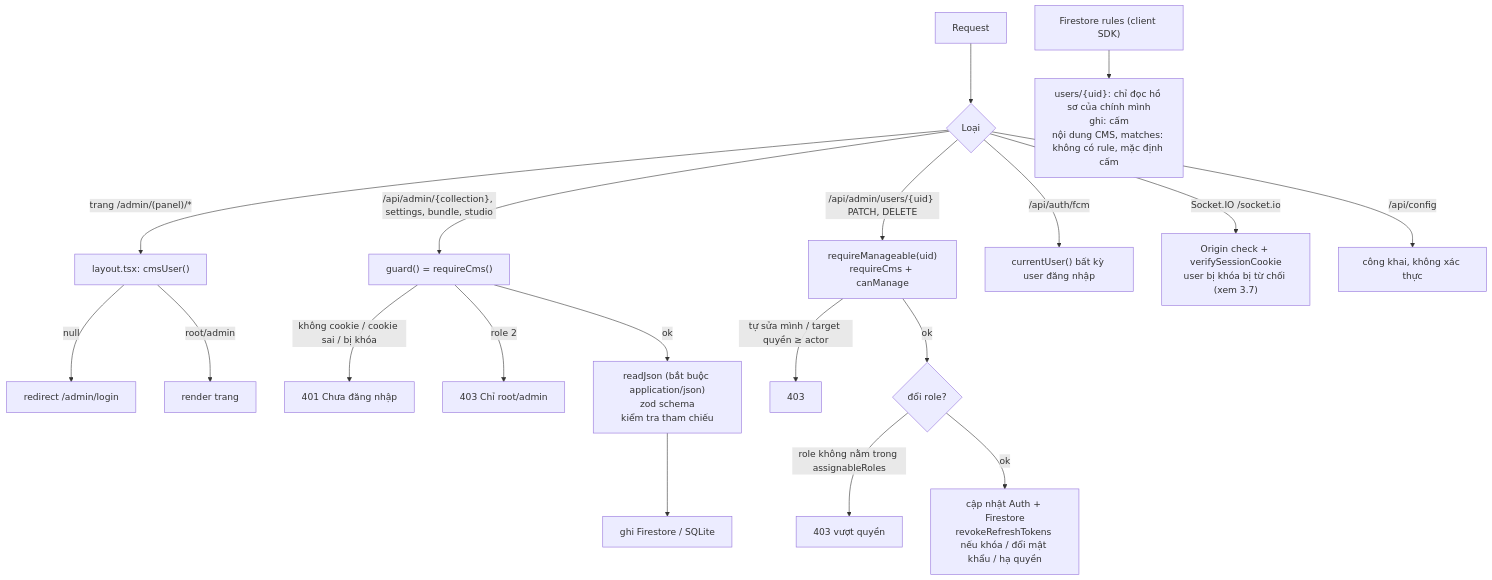
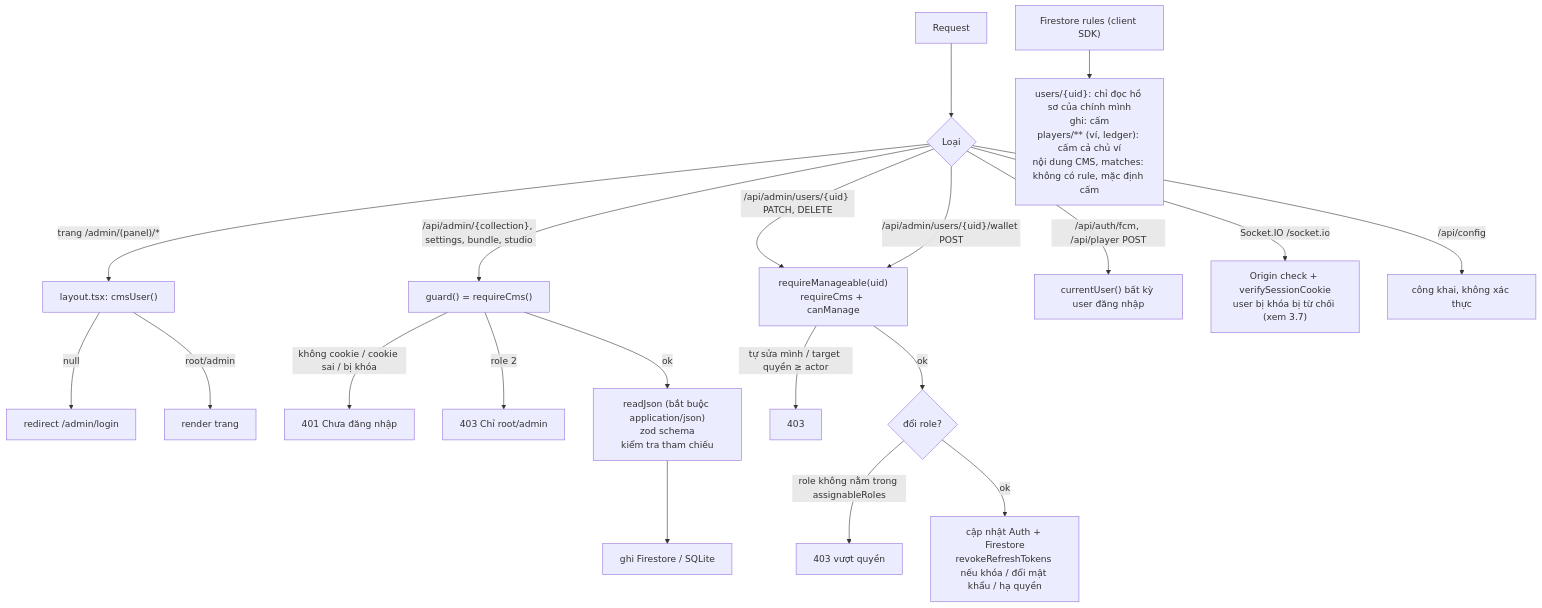
One commit to lualua0909/simulator-battle-webgame changed the tenth of 11 diagrams in docs/ARCHITECTURE.md. Above: the diagram before and after it, drawn with Mermaid. The commit also changed other lines of this file and 52 other files, not shown here.

````diff
--- a/docs/ARCHITECTURE.md
+++ b/docs/ARCHITECTURE.md
@@ -451,24 +479,25 @@
 ```mermaid
 flowchart TD
   R["Request"] --> T{"Loại"}
   T -- "trang /admin/(panel)/*" --> L["layout.tsx: cmsUser()"]
   L -- "null" --> RL["redirect /admin/login"]
   L -- "root/admin" --> P["render trang"]
 
   T -- "/api/admin/{collection}, settings, bundle, studio" --> G["guard() = requireCms()"]
   G -- "không cookie / cookie sai / bị khóa" --> E401["401 Chưa đăng nhập"]
   G -- "role 2" --> E403["403 Chỉ root/admin"]
   G -- "ok" --> V["readJson (bắt buộc application/json)<br/>zod schema<br/>kiểm tra tham chiếu"] --> W["ghi Firestore / SQLite"]
 
   T -- "/api/admin/users/{uid} PATCH, DELETE" --> M["requireManageable(uid)<br/>requireCms + canManage"]
   M -- "tự sửa mình / target quyền ≥ actor" --> E403b["403"]
   M -- "ok" --> RA{"đổi role?"}
   RA -- "role không nằm trong assignableRoles" --> E403c["403 vượt quyền"]
   RA -- "ok" --> UW["cập nhật Auth + Firestore<br/>revokeRefreshTokens nếu khóa / đổi mật khẩu / hạ quyền"]
 
-  T -- "/api/auth/fcm" --> CU["currentUser() bất kỳ user đăng nhập"]
+  T -- "/api/auth/fcm, /api/player POST" --> CU["currentUser() bất kỳ user đăng nhập"]
+  T -- "/api/admin/users/{uid}/wallet POST" --> M
   T -- "Socket.IO /socket.io" --> SIO["Origin check + verifySessionCookie<br/>user bị khóa bị từ chối (xem 3.7)"]
   T -- "/api/config" --> PUB["công khai, không xác thực"]
 
-  FSR["Firestore rules (client SDK)"] --> FR["users/{uid}: chỉ đọc hồ sơ của chính mình<br/>ghi: cấm<br/>nội dung CMS, matches: không có rule, mặc định cấm"]
+  FSR["Firestore rules (client SDK)"] --> FR["users/{uid}: chỉ đọc hồ sơ của chính mình<br/>ghi: cấm<br/>players/** (ví, ledger): cấm cả chủ ví<br/>nội dung CMS, matches: không có rule, mặc định cấm"]
 ```
````
